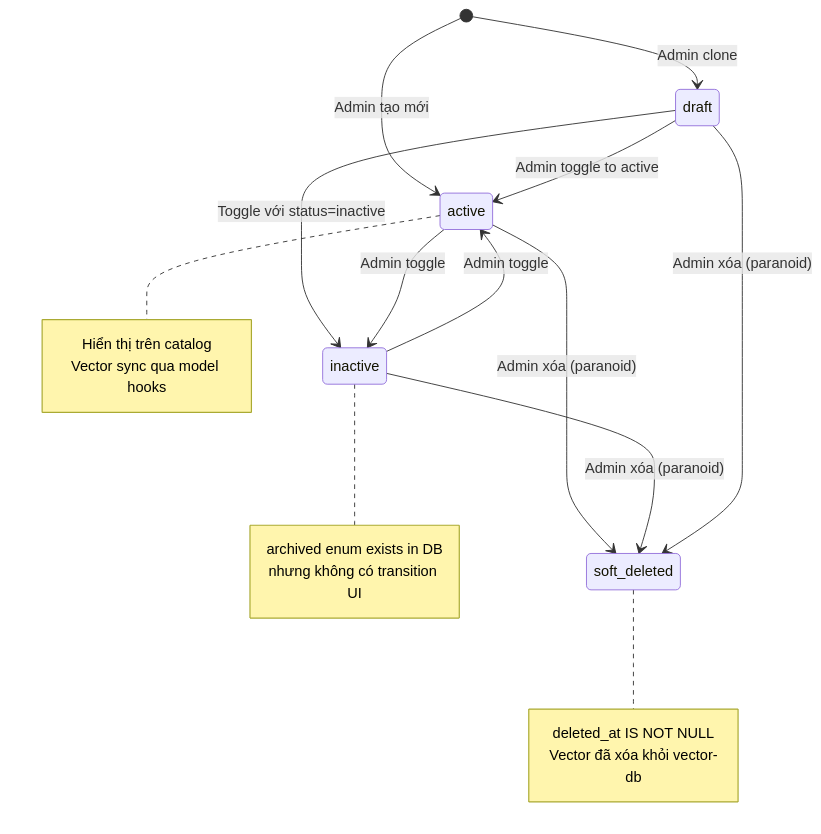
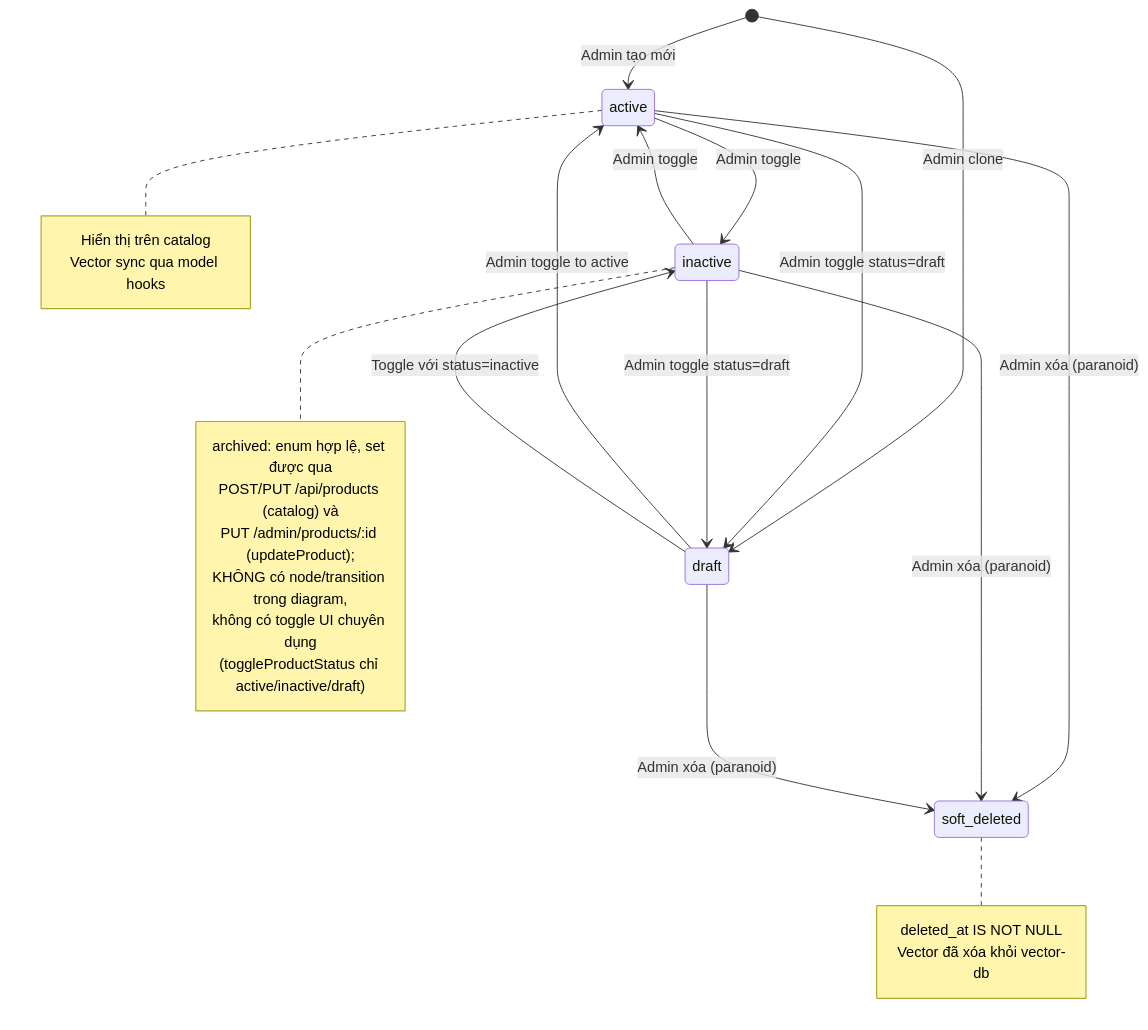
Diagram 42 of 47 in DIAGRAMS.md (MinhThang1009/E-commerce-website), drawn with Mermaid before and after one commit. The commit also changed other lines of this file and 9 other files, not shown here.

First line of the commit message:
docs: đồng bộ tài liệu RAG pipeline + diagram với codebase

````diff
--- a/DIAGRAMS.md
+++ b/DIAGRAMS.md
@@ -1759,36 +1769,44 @@
 ```mermaid
 stateDiagram-v2
     direction TB
     [*] --> active : Admin tạo mới
 
     [*] --> draft : Admin clone
 
     draft --> active : Admin toggle to active
 
     draft --> inactive : Toggle với status=inactive
 
     active --> inactive : Admin toggle
 
     inactive --> active : Admin toggle
+
+    active --> draft : Admin toggle status=draft
+
+    inactive --> draft : Admin toggle status=draft
 
     active --> soft_deleted : Admin xóa (paranoid)
 
     inactive --> soft_deleted : Admin xóa (paranoid)
 
     draft --> soft_deleted : Admin xóa (paranoid)
 
     note right of active
         Hiển thị trên catalog
         Vector sync qua model hooks
     end note
 
     note right of soft_deleted
         deleted_at IS NOT NULL
         Vector đã xóa khỏi vector-db
     end note
 
     note right of inactive
-        archived enum exists in DB
-        nhưng không có transition UI
+        archived: enum hợp lệ, set được qua
+        POST/PUT /api/products (catalog) và
+        PUT /admin/products/:id (updateProduct);
+        KHÔNG có node/transition trong diagram,
+        không có toggle UI chuyên dụng
+        (toggleProductStatus chỉ active/inactive/draft)
     end note
 ```
````
